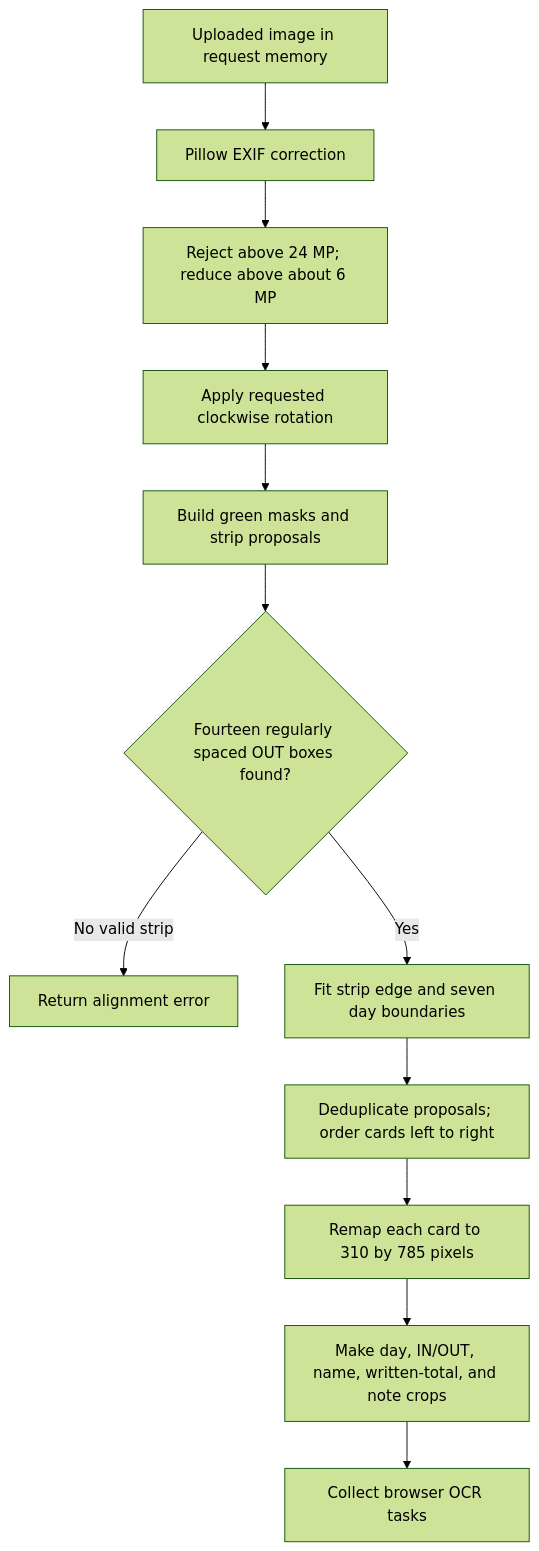
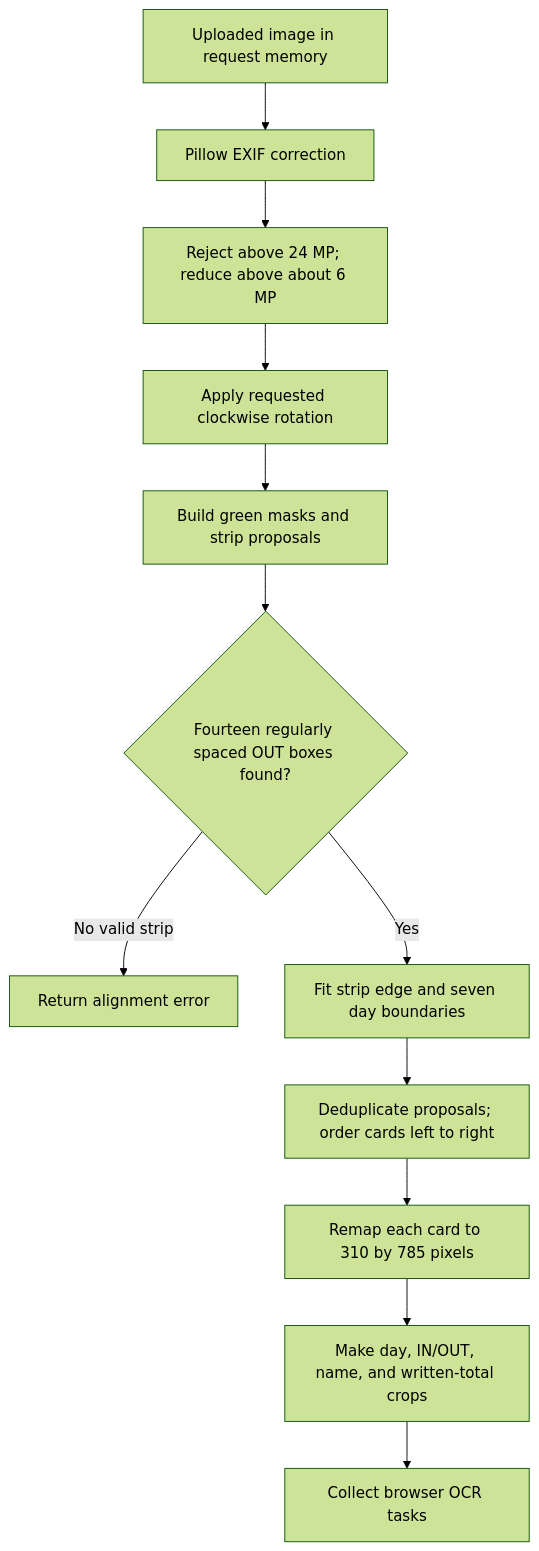
Before and after one commit to taha59/timecard_scanner_ocr: the fifth of 8 diagrams in docs/FLOW_DIAGRAMS.md, drawn with Mermaid (forest theme). The commit also changed other lines of this file and 5 other files, not shown here.

````diff
--- a/docs/FLOW_DIAGRAMS.md
+++ b/docs/FLOW_DIAGRAMS.md
@@ -148,14 +148,14 @@
 ```mermaid
 flowchart TD
     Upload[Uploaded image in request memory] --> Orient[Pillow EXIF correction]
     Orient --> Size[Reject above 24 MP; reduce above about 6 MP]
     Size --> Rotate[Apply requested clockwise rotation]
     Rotate --> Masks[Build green masks and strip proposals]
     Masks --> Boxes{Fourteen regularly spaced OUT boxes found?}
     Boxes -->|No valid strip| Fail[Return alignment error]
     Boxes -->|Yes| Grid[Fit strip edge and seven day boundaries]
     Grid --> Dedupe[Deduplicate proposals; order cards left to right]
     Dedupe --> Normalize[Remap each card to 310 by 785 pixels]
-    Normalize --> Crops[Make day, IN/OUT, name, written-total, and note crops]
+    Normalize --> Crops[Make day, IN/OUT, name, and written-total crops]
     Crops --> Tasks[Collect browser OCR tasks]
 ```
````
